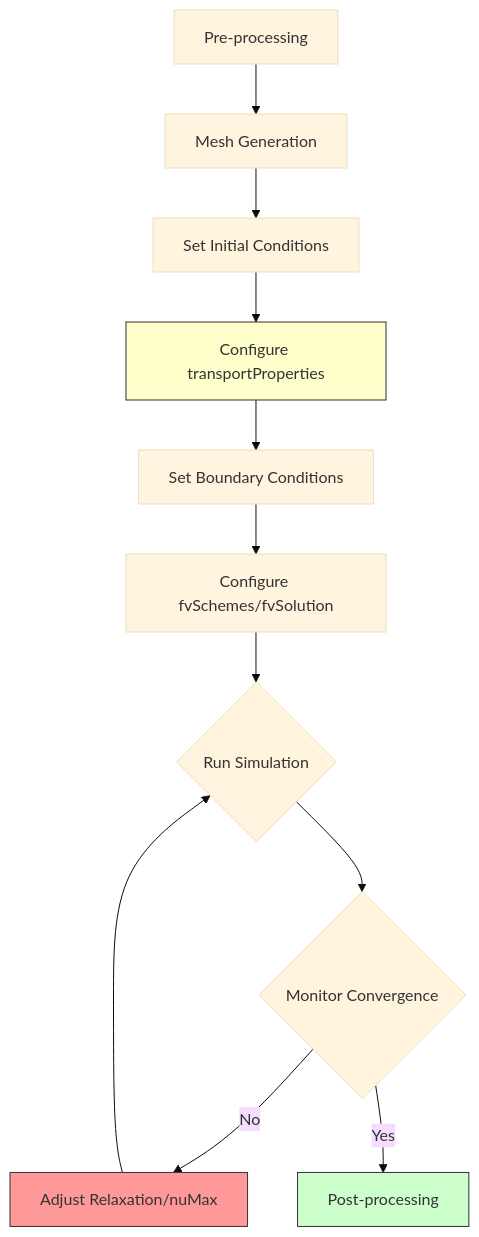
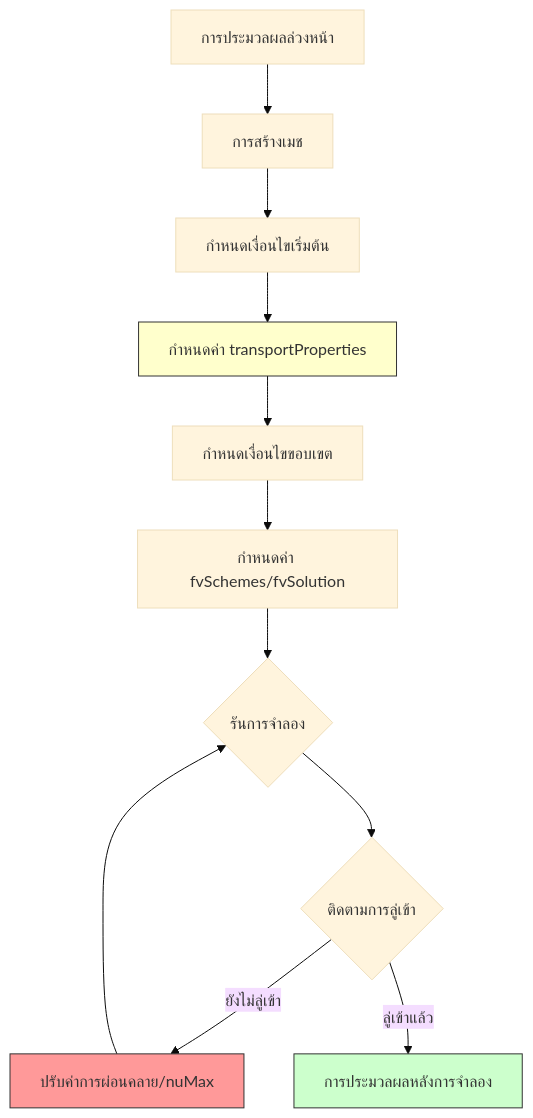
One commit to wramet/build-my-cfd changed the first of 3 diagrams in MODULE_06_ADVANCED_PHYSICS/CONTENT/04_NON_NEWTONIAN_FLUIDS/05_Practical_Usage.md. Above: the diagram before and after it, drawn with Mermaid (base theme). The commit also changed other lines of this file and 104 other files, not shown here.

````diff
--- a/MODULE_06_ADVANCED_PHYSICS/CONTENT/04_NON_NEWTONIAN_FLUIDS/05_Practical_Usage.md
+++ b/MODULE_06_ADVANCED_PHYSICS/CONTENT/04_NON_NEWTONIAN_FLUIDS/05_Practical_Usage.md
@@ -457,17 +457,17 @@
 ```mermaid
 flowchart TD
-    A[Pre-processing] --> B[Mesh Generation]
-    B --> C[Set Initial Conditions]
-    C --> D[Configure transportProperties]
-    D --> E[Set Boundary Conditions]
-    E --> F[Configure fvSchemes/fvSolution]
-    F --> G{Run Simulation}
-    G --> H{Monitor Convergence}
-    H -- No --> I[Adjust Relaxation/nuMax]
+    A[การประมวลผลล่วงหน้า] --> B[การสร้างเมช]
+    B --> C[กำหนดเงื่อนไขเริ่มต้น]
+    C --> D[กำหนดค่า transportProperties]
+    D --> E[กำหนดเงื่อนไขขอบเขต]
+    E --> F[กำหนดค่า fvSchemes/fvSolution]
+    F --> G{รันการจำลอง}
+    G --> H{ติดตามการลู่เข้า}
+    H -- ยังไม่ลู่เข้า --> I[ปรับค่าการผ่อนคลาย/nuMax]
     I --> G
-    H -- Yes --> J[Post-processing]
+    H -- ลู่เข้าแล้ว --> J[การประมวลผลหลังการจำลอง]
 
     style D fill:#ffc,stroke:#333
     style I fill:#f99,stroke:#333
     style J fill:#cfc,stroke:#333
 ```
````
